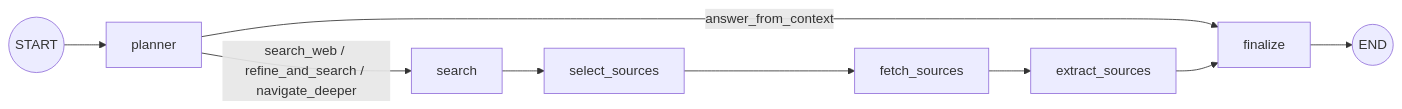
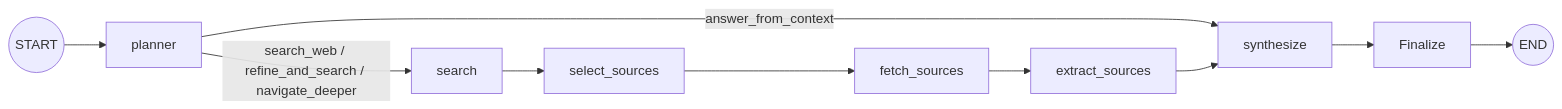
The third of 3 diagrams in docs/design.md (kunalchaturvedi/agentic-browser), drawn with Mermaid before and after one commit. The commit also changed other lines of this file and 12 other files, not shown here.

````diff
--- a/docs/design.md
+++ b/docs/design.md
@@ -118,11 +123,12 @@
 ```mermaid
 flowchart LR
     Start((START)) --> PlannerNode[planner]
-    PlannerNode -->|answer_from_context| Finalize[finalize]
+    PlannerNode -->|answer_from_context| SynthesizeNode[synthesize]
     PlannerNode -->|search_web / refine_and_search / navigate_deeper| SearchNode[search]
     SearchNode --> SelectSources[select_sources]
     SelectSources --> FetchSources[fetch_sources]
     FetchSources --> ExtractSources[extract_sources]
-    ExtractSources --> Finalize
+    ExtractSources --> SynthesizeNode
+    SynthesizeNode --> Finalize
     Finalize --> End((END))
 ```
````
